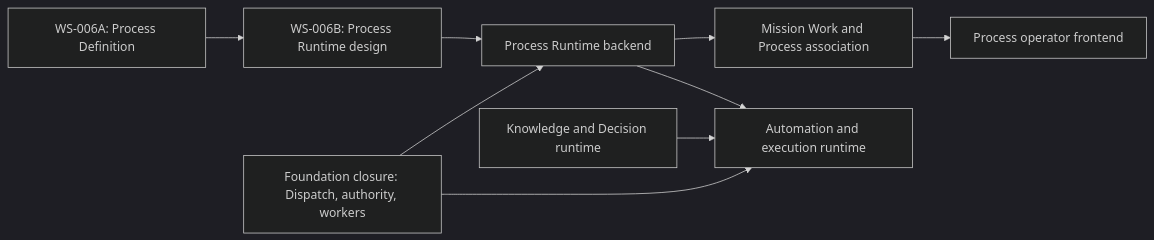
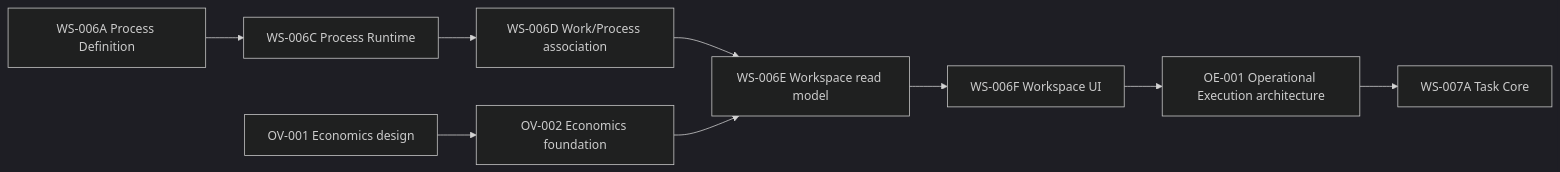
One commit to guillermomdehoyoso-stack/CTO-Office-Yarvis changed the diagram in docs/architecture/YARVIS_ROADMAP_AND_TECHNICAL_DEBT.md. Above: the diagram before and after it, drawn with Mermaid (dark theme). The commit also changed other lines of this file and 11 other files, not shown here.

Commit message:
OE-001: define operational execution architecture

````diff
--- a/docs/architecture/YARVIS_ROADMAP_AND_TECHNICAL_DEBT.md
+++ b/docs/architecture/YARVIS_ROADMAP_AND_TECHNICAL_DEBT.md
@@ -8,11 +8,11 @@
 ```mermaid
 flowchart LR
-    WS006A["WS-006A: Process Definition"] --> WS006B["WS-006B: Process Runtime design"]
-    WS006B --> WS006C["Process Runtime backend"]
-    WS006C --> WS006D["Mission Work and Process association"]
-    Foundation["Foundation closure: Dispatch, authority, workers"] --> WS006C
-    Foundation --> Automation["Automation and execution runtime"]
-    WS006D --> ProcessUI["Process operator frontend"]
-    WS006C --> Automation
-    Knowledge["Knowledge and Decision runtime"] --> Automation
+    WS006A["WS-006A Process Definition"] --> WS006C["WS-006C Process Runtime"]
+    WS006C --> WS006D["WS-006D Work/Process association"]
+    OV001["OV-001 Economics design"] --> OV002["OV-002 Economics foundation"]
+    WS006D --> WS006E["WS-006E Workspace read model"]
+    OV002 --> WS006E
+    WS006E --> WS006F["WS-006F Workspace UI"]
+    WS006F --> OE001["OE-001 Operational Execution architecture"]
+    OE001 --> WS007A["WS-007A Task Core"]
 ```
````
